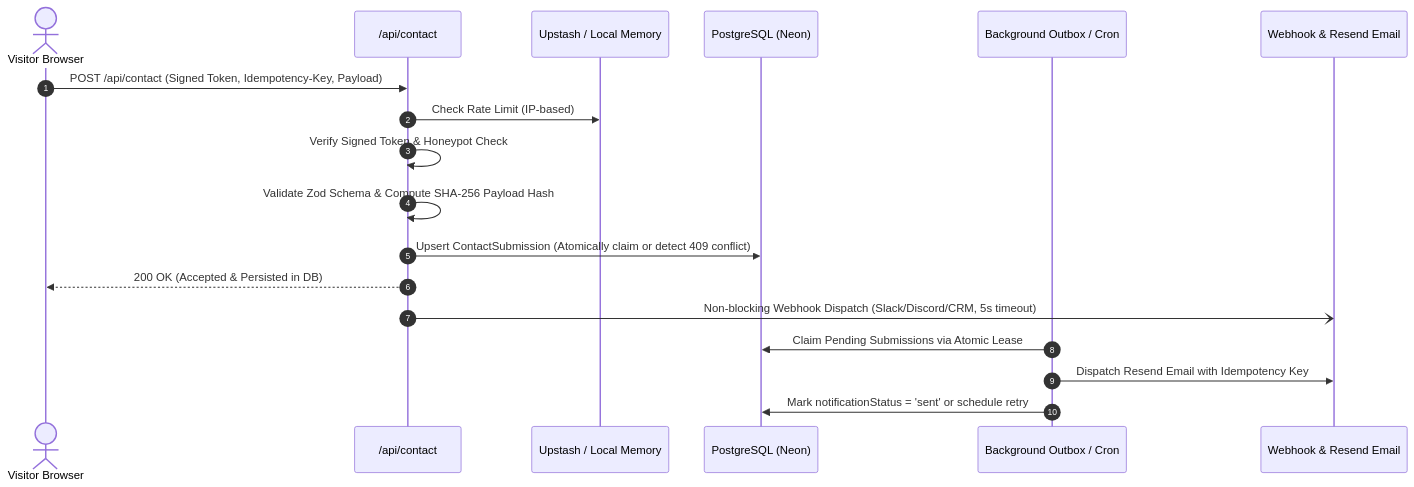
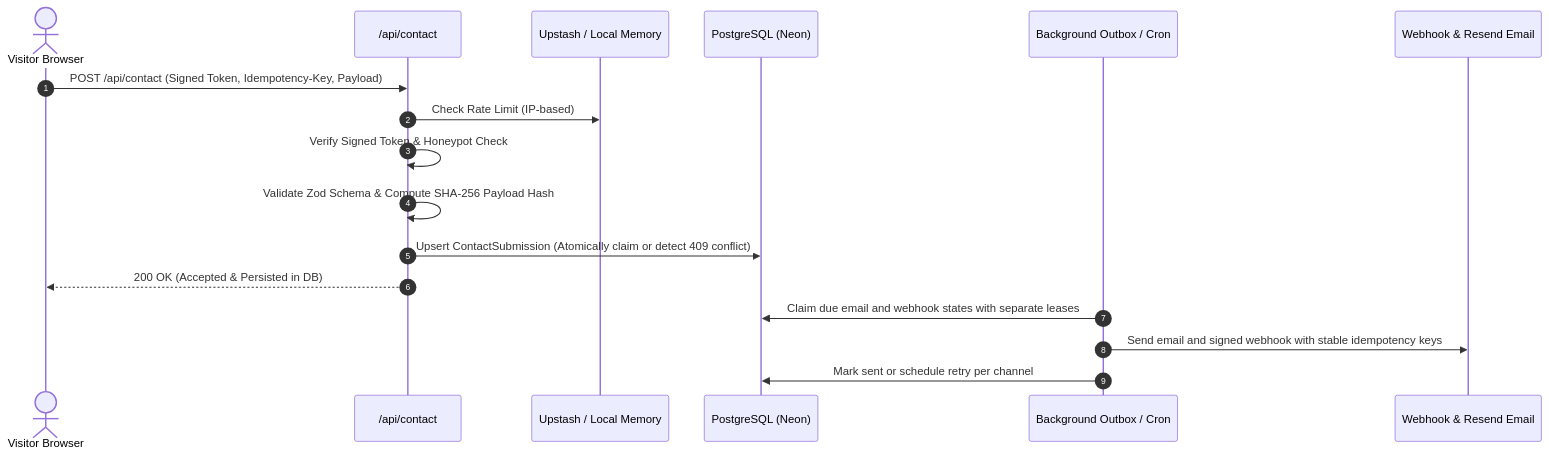
Before and after one commit to MasRizqi07/dibimbing-fwd: the diagram in README.md, drawn with Mermaid. The commit also changed other lines of this file and 68 other files, not shown here.

````diff
--- a/README.md
+++ b/README.md
@@ -70,21 +70,20 @@
 ```mermaid
 sequenceDiagram
     autonumber
     actor Client as Visitor Browser
     participant API as /api/contact
     participant Redis as Upstash / Local Memory
     participant DB as PostgreSQL (Neon)
     participant Worker as Background Outbox / Cron
     participant Ext as Webhook & Resend Email
 
     Client->>API: POST /api/contact (Signed Token, Idempotency-Key, Payload)
     API->>Redis: Check Rate Limit (IP-based)
     API->>API: Verify Signed Token & Honeypot Check
     API->>API: Validate Zod Schema & Compute SHA-256 Payload Hash
     API->>DB: Upsert ContactSubmission (Atomically claim or detect 409 conflict)
     API-->>Client: 200 OK (Accepted & Persisted in DB)
-    API-)Ext: Non-blocking Webhook Dispatch (Slack/Discord/CRM, 5s timeout)
-    Worker->>DB: Claim Pending Submissions via Atomic Lease
-    Worker->>Ext: Dispatch Resend Email with Idempotency Key
-    Worker->>DB: Mark notificationStatus = 'sent' or schedule retry
+    Worker->>DB: Claim due email and webhook states with separate leases
+    Worker->>Ext: Send email and signed webhook with stable idempotency keys
+    Worker->>DB: Mark sent or schedule retry per channel
 ```
````
